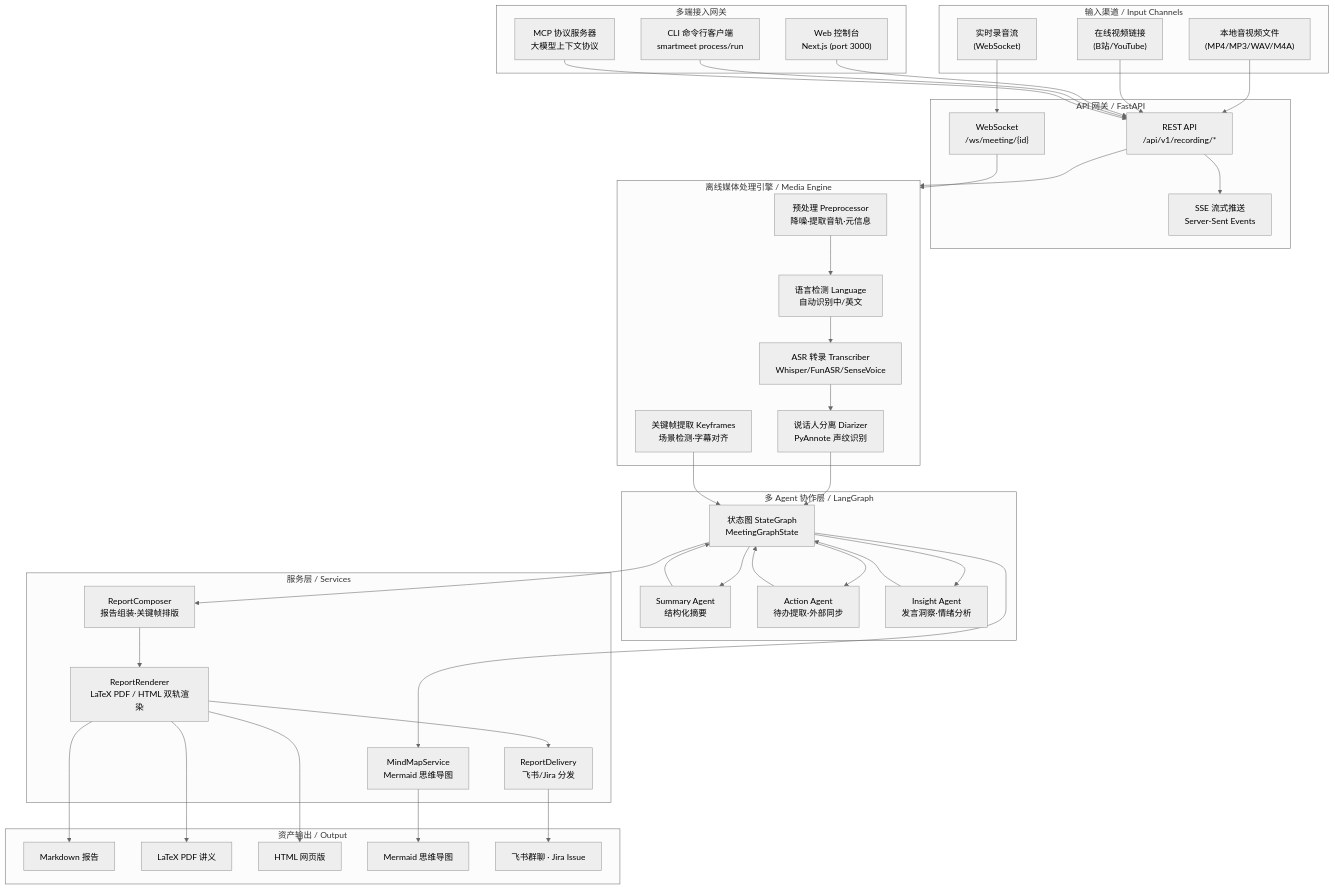
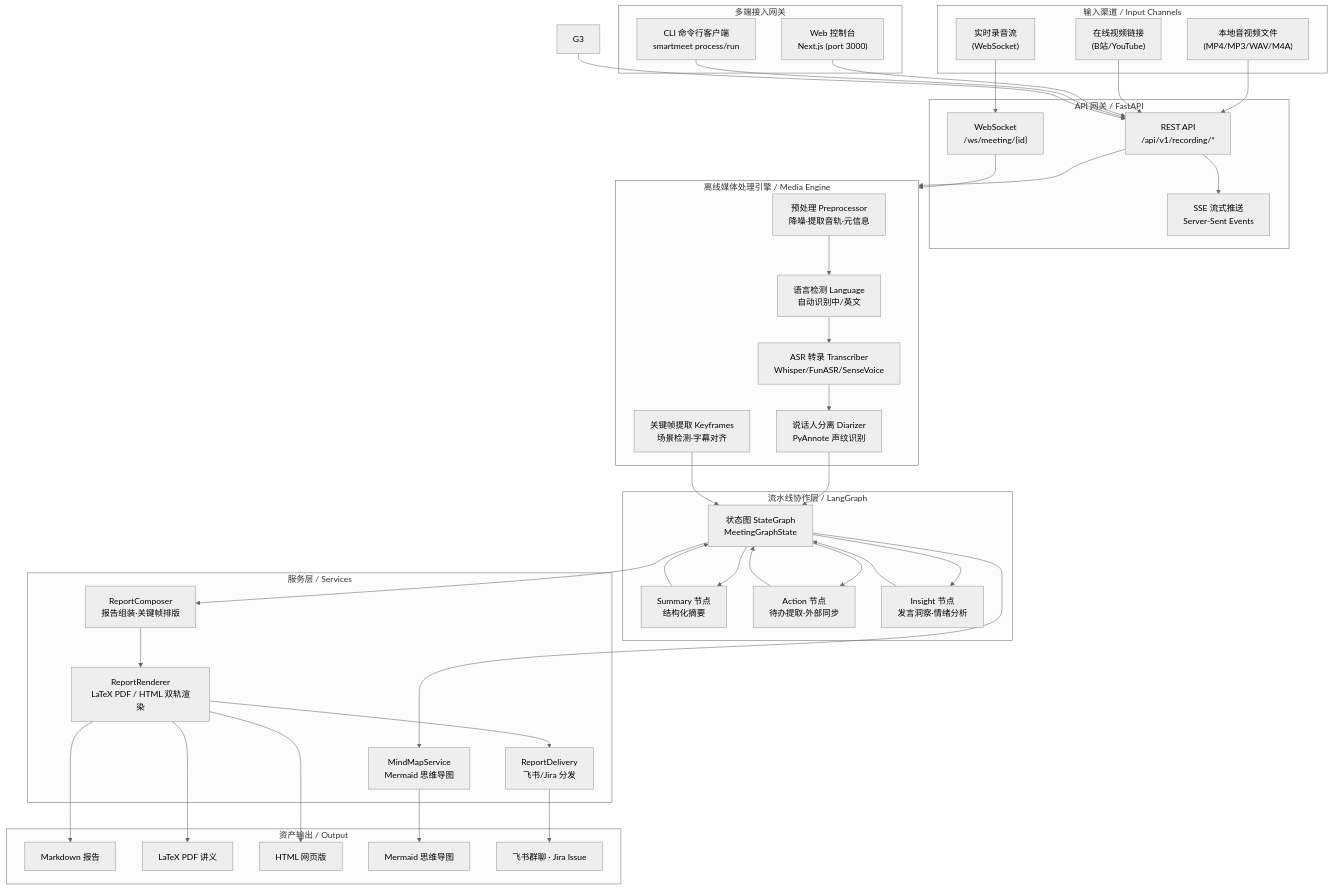
Before and after one commit to drfgjko/smartmeet-agent-suite: the first of 5 diagrams in docs/architecture.md, drawn with Mermaid (neutral theme). The commit also changed other lines of this file and 4 other files, not shown here.

```diff
--- a/docs/architecture.md
+++ b/docs/architecture.md
@@ -40,12 +40,12 @@
         C5["关键帧提取 Keyframes<br/>场景检测·字幕对齐"]
     end
 
-    %% ===== 多 Agent 核心层 =====
-    subgraph Agents["多 Agent 协作层 / LangGraph"]
+    %% ===== 大模型流水线核心层 =====
+    subgraph Agents["流水线协作层 / LangGraph"]
         D0["状态图 StateGraph<br/>MeetingGraphState"]
-        D1["Summary Agent<br/>结构化摘要"]
-        D2["Action Agent<br/>待办提取·外部同步"]
-        D3["Insight Agent<br/>发言洞察·情绪分析"]
+        D1["Summary 节点<br/>结构化摘要"]
+        D2["Action 节点<br/>待办提取·外部同步"]
+        D3["Insight 节点<br/>发言洞察·情绪分析"]
     end
 
     %% ===== 文档与服务层 =====
@@ -69,7 +69,6 @@
     subgraph Gateways["多端接入网关"]
         G1["Web 控制台<br/>Next.js (port 3000)"]
         G2["CLI 命令行客户端<br/>smartmeet process/run"]
-        G3["MCP 协议服务器<br/>大模型上下文协议"]
     end
 
     %% ===== 连接关系 =====
```
